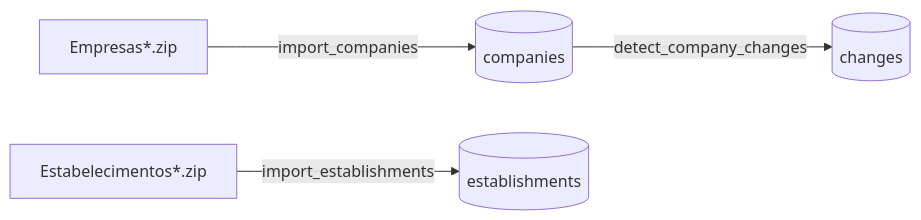
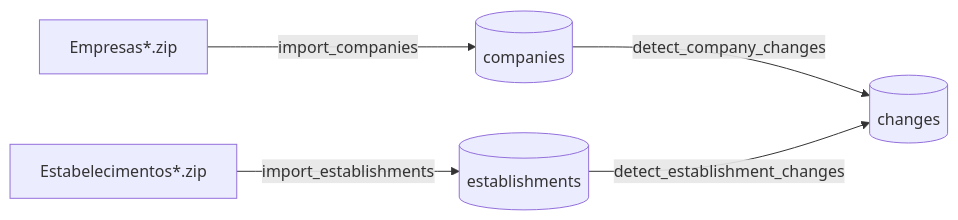
Before and after one commit to luizbahl/lince: the diagram in services/ingestor/README.md, drawn with Mermaid. The commit also changed other lines of this file and 6 other files, not shown here.

Commit message:
feat(ingestor): detect establishment changes (status, CNAEs, address)

````diff
--- a/services/ingestor/README.md
+++ b/services/ingestor/README.md
@@ -8,6 +8,7 @@
 ```mermaid
 flowchart LR
     ZIP[Empresas*.zip] -->|import_companies| C[(companies)]
     EZIP[Estabelecimentos*.zip] -->|import_establishments| E[(establishments)]
     C -->|detect_company_changes| CH[(changes)]
+    E -->|detect_establishment_changes| CH
 ```
````
